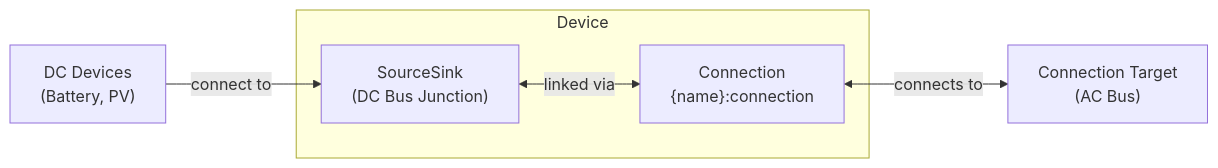
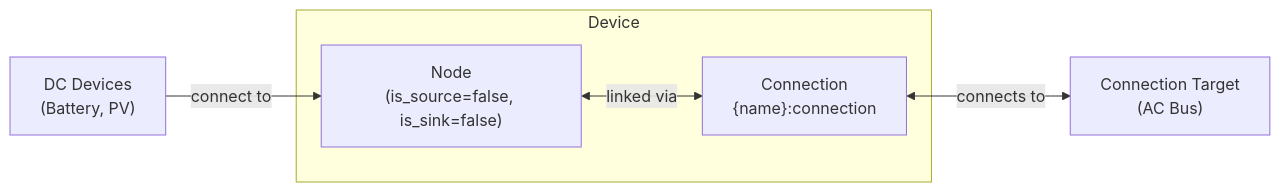
One commit to hass-energy/haeo changed the diagram in docs/modeling/device-layer/inverter.md. Above: the diagram before and after it, drawn with Mermaid. The commit also changed other lines of this file and 18 other files, not shown here.

````diff
--- a/docs/modeling/device-layer/inverter.md
+++ b/docs/modeling/device-layer/inverter.md
@@ -7,14 +7,14 @@
 ```mermaid
 graph LR
     subgraph "Device"
-        SS["SourceSink<br/>(DC Bus Junction)"]
+        SS["Node<br/>(is_source=false, is_sink=false)"]
         Conn["Connection<br/>{name}:connection"]
     end
 
     DCDevices["DC Devices<br/>(Battery, PV)"]
     ACNode["Connection Target<br/>(AC Bus)"]
 
     DCDevices -->|connect to| SS
     SS <-->|linked via| Conn
     Conn <-->|connects to| ACNode
 ```
````
